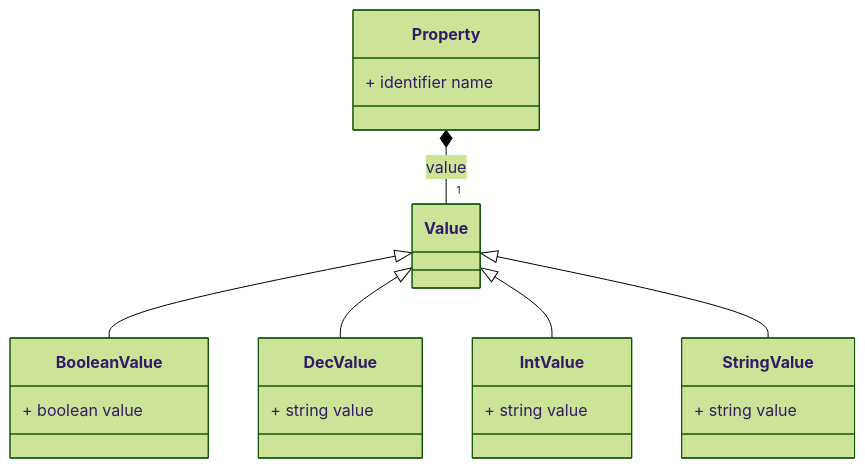
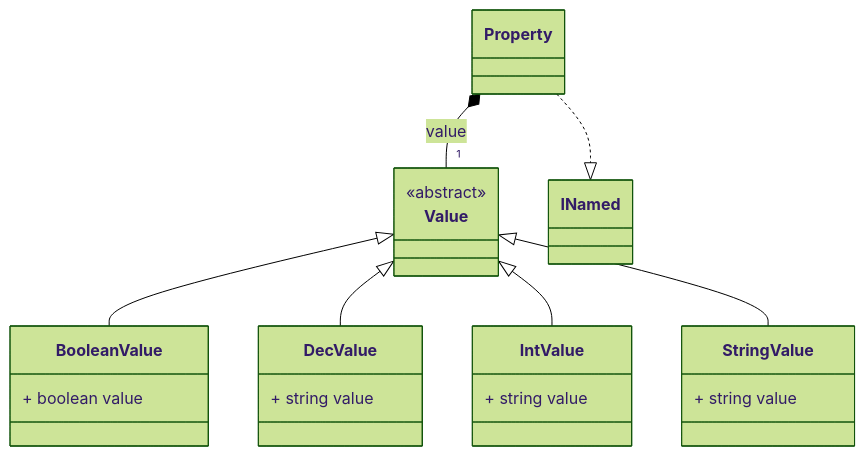
Before and after one commit to LionWeb-io/mps-meetup-2023: the diagram in freon/src/picode/diagrams/gen/ast/properties-view.md, drawn with Mermaid. The commit also changed 52 other files, not shown here.

````diff
--- a/freon/src/picode/diagrams/gen/ast/properties-view.md
+++ b/freon/src/picode/diagrams/gen/ast/properties-view.md
@@ -2,40 +2,41 @@
 ```mermaid
     %%{init: {'theme': 'forest'} }%%
     classDiagram
     direction TD
     %% other possibilites: LR RL DT TB (same as TD)
     class Property {
         
-        + identifier name
+        
     }
     class Value {
-        
+        <<abstract>>
         
     }
     class BooleanValue {
         
         + boolean value
     }
     class DecValue {
         
         + string value
     }
     class IntValue {
         
         + string value
     }
     class StringValue {
         
         + string value
     }
 
     Value <|-- BooleanValue
 Value <|-- DecValue
 Value <|-- IntValue
 Value <|-- StringValue
 
         Property *-- "1" Value : value
 
         
-        
+        Property ..|> INamed
+
 ```
````
